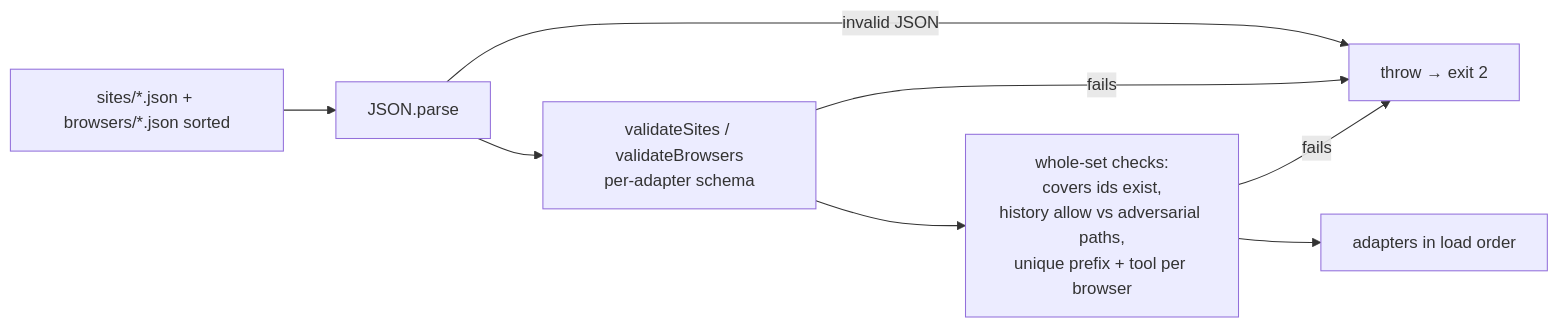
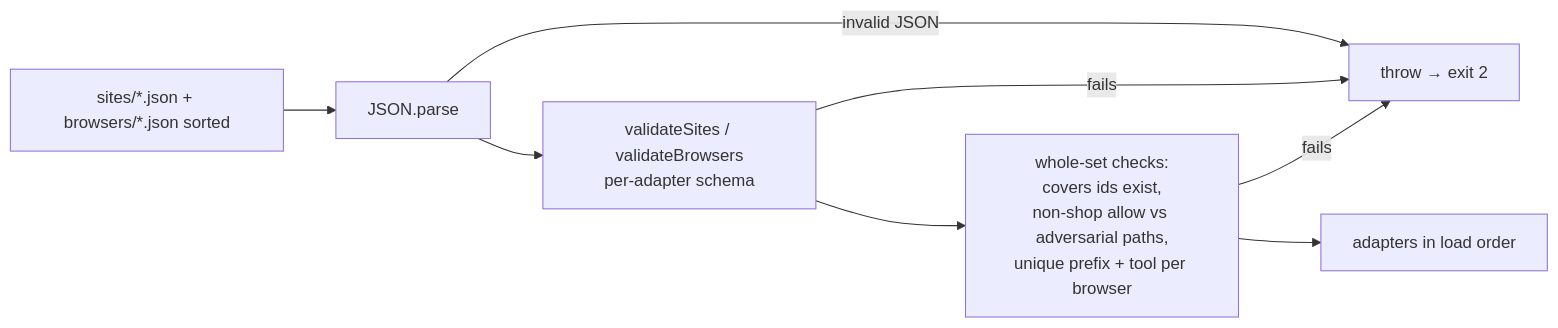
Before and after one commit to abhisheksarkar30/claude-deal-scout: the fourth of 7 diagrams in docs/context/workflows.md, drawn with Mermaid. The commit also changed other lines of this file and 10 other files, not shown here.

````diff
--- a/docs/context/workflows.md
+++ b/docs/context/workflows.md
@@ -120,10 +121,10 @@
 ```mermaid
 flowchart LR
   D["sites/*.json + browsers/*.json sorted"] --> J["JSON.parse"]
   J -- invalid JSON --> X["throw → exit 2"]
   J --> V["validateSites / validateBrowsers<br/>per-adapter schema"]
   V -- fails --> X
-  V --> S["whole-set checks:<br/>covers ids exist,<br/>history allow vs adversarial paths,<br/>unique prefix + tool per browser"]
+  V --> S["whole-set checks:<br/>covers ids exist,<br/>non-shop allow vs adversarial paths,<br/>unique prefix + tool per browser"]
   S -- fails --> X
   S --> OK["adapters in load order"]
 ```
````
